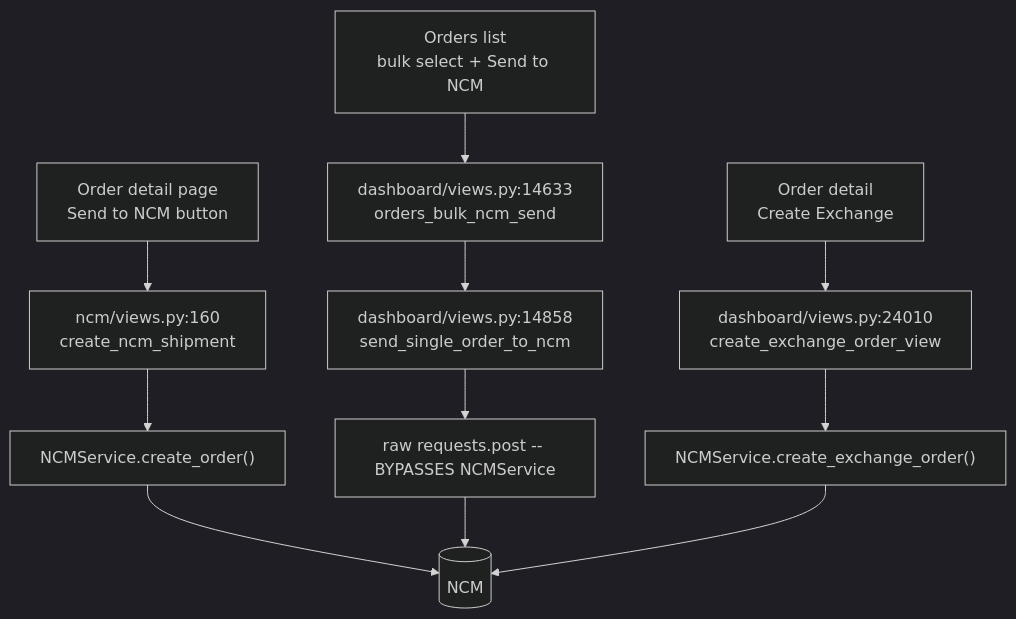
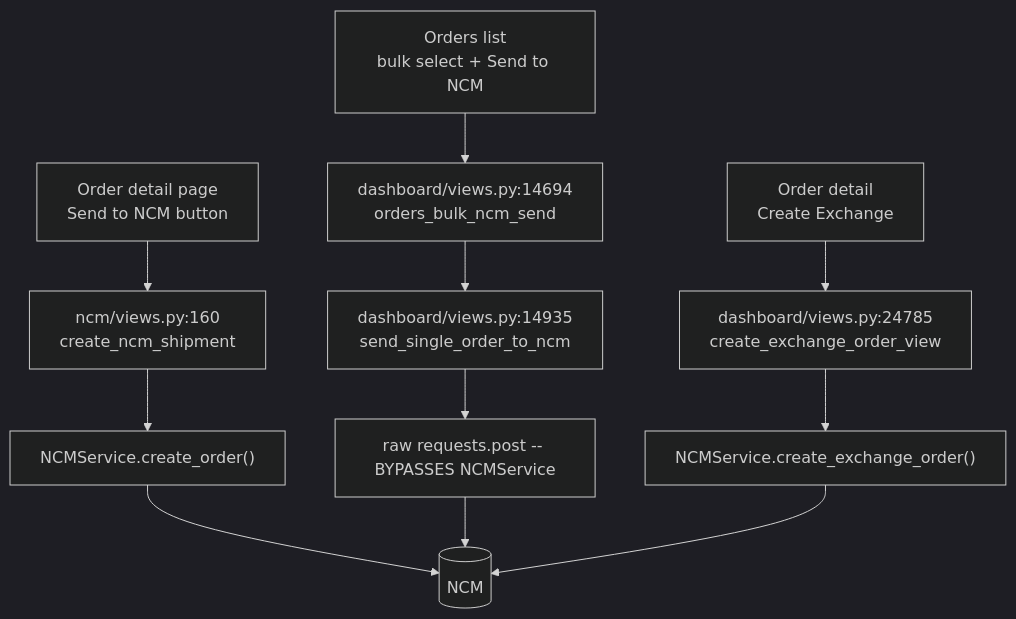
One commit to milanmagrati/E-commerce-Project changed the first of 2 diagrams in myproject/docs/10-ncm-sending.md. Above: the diagram before and after it, drawn with Mermaid (dark theme). The commit also changed other lines of this file and 6 other files, not shown here.

First line of the commit message:
Send bulk NCM orders to a branch NCM actually has

````diff
--- a/myproject/docs/10-ncm-sending.md
+++ b/myproject/docs/10-ncm-sending.md
@@ -9,16 +9,16 @@
 ```mermaid
 flowchart TD
     A[Order detail page<br/>Send to NCM button] --> B["ncm/views.py:160<br/>create_ncm_shipment"]
     B --> C["NCMService.create_order()"]
 
-    D[Orders list<br/>bulk select + Send to NCM] --> E["dashboard/views.py:14633<br/>orders_bulk_ncm_send"]
-    E --> F["dashboard/views.py:14858<br/>send_single_order_to_ncm"]
+    D[Orders list<br/>bulk select + Send to NCM] --> E["dashboard/views.py:14694<br/>orders_bulk_ncm_send"]
+    E --> F["dashboard/views.py:14935<br/>send_single_order_to_ncm"]
     F --> G["raw requests.post -- BYPASSES NCMService"]
 
-    H[Order detail<br/>Create Exchange] --> I["dashboard/views.py:24010<br/>create_exchange_order_view"]
+    H[Order detail<br/>Create Exchange] --> I["dashboard/views.py:24785<br/>create_exchange_order_view"]
     I --> J["NCMService.create_exchange_order()"]
 
     C --> K[(NCM)]
     G --> K
     J --> K
 ```
````
